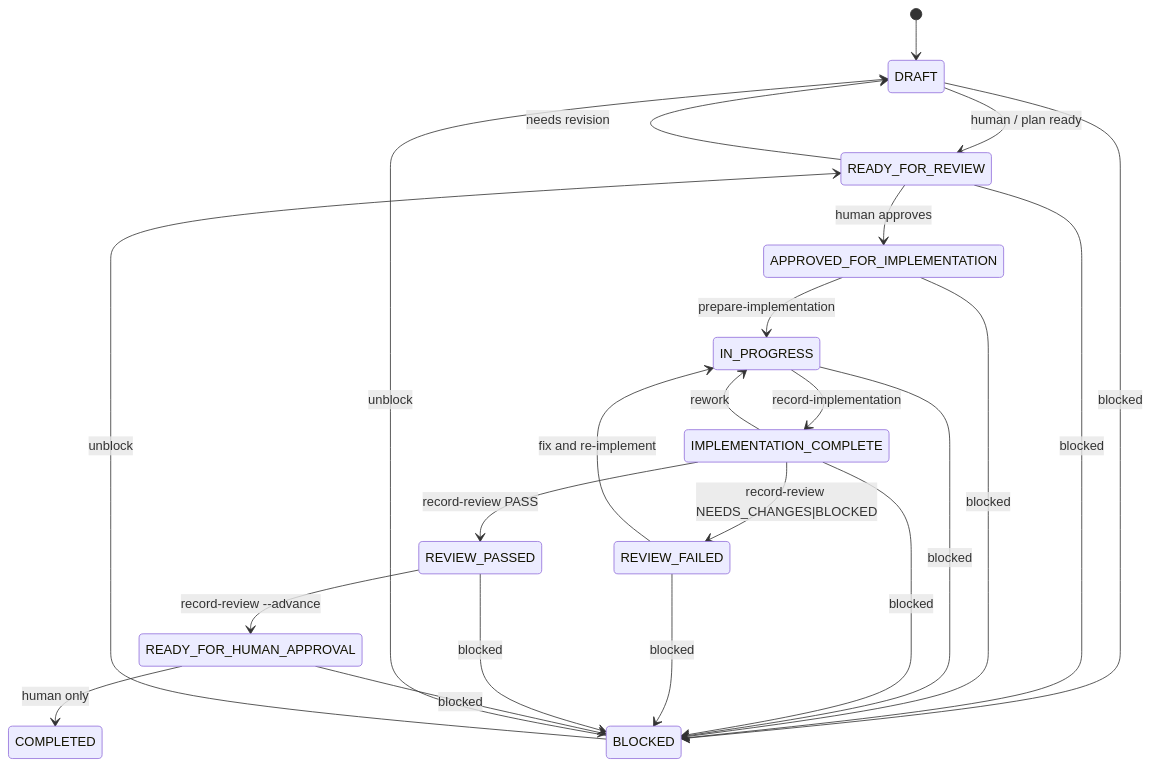
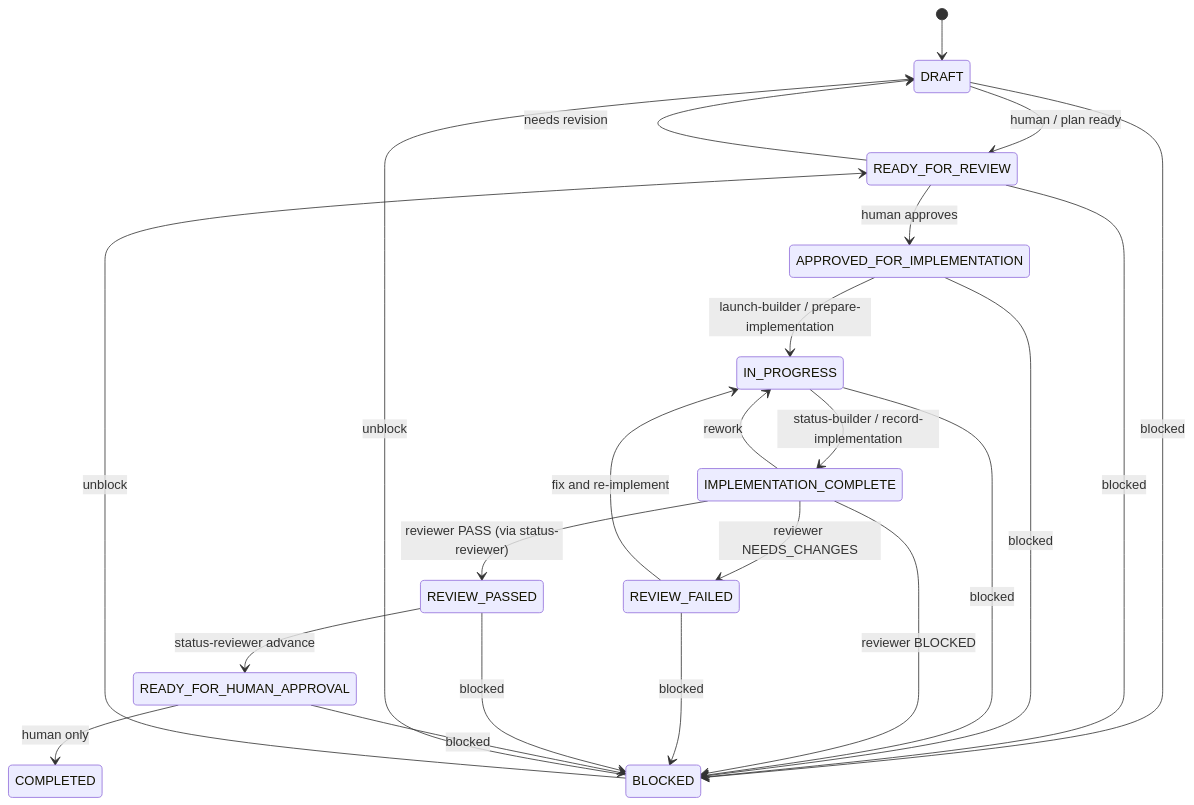
The diagram in docs/agent/STATE_MACHINE.md (mjwiseman07/finsight-reports-app), drawn with Mermaid before and after one commit. The commit also changed other lines of this file and 14 other files, not shown here.

````diff
--- a/docs/agent/STATE_MACHINE.md
+++ b/docs/agent/STATE_MACHINE.md
@@ -3,25 +3,25 @@
 ```mermaid
 stateDiagram-v2
   [*] --> DRAFT
   DRAFT --> READY_FOR_REVIEW: human / plan ready
   DRAFT --> BLOCKED: blocked
   READY_FOR_REVIEW --> APPROVED_FOR_IMPLEMENTATION: human approves
   READY_FOR_REVIEW --> DRAFT: needs revision
   READY_FOR_REVIEW --> BLOCKED: blocked
-  APPROVED_FOR_IMPLEMENTATION --> IN_PROGRESS: prepare-implementation
+  APPROVED_FOR_IMPLEMENTATION --> IN_PROGRESS: launch-builder / prepare-implementation
   APPROVED_FOR_IMPLEMENTATION --> BLOCKED: blocked
-  IN_PROGRESS --> IMPLEMENTATION_COMPLETE: record-implementation
+  IN_PROGRESS --> IMPLEMENTATION_COMPLETE: status-builder / record-implementation
   IN_PROGRESS --> BLOCKED: blocked
-  IMPLEMENTATION_COMPLETE --> REVIEW_PASSED: record-review PASS
-  IMPLEMENTATION_COMPLETE --> REVIEW_FAILED: record-review NEEDS_CHANGES|BLOCKED
+  IMPLEMENTATION_COMPLETE --> REVIEW_PASSED: reviewer PASS (via status-reviewer)
+  IMPLEMENTATION_COMPLETE --> REVIEW_FAILED: reviewer NEEDS_CHANGES
+  IMPLEMENTATION_COMPLETE --> BLOCKED: reviewer BLOCKED
   IMPLEMENTATION_COMPLETE --> IN_PROGRESS: rework
-  IMPLEMENTATION_COMPLETE --> BLOCKED: blocked
   REVIEW_FAILED --> IN_PROGRESS: fix and re-implement
   REVIEW_FAILED --> BLOCKED: blocked
-  REVIEW_PASSED --> READY_FOR_HUMAN_APPROVAL: record-review --advance
+  REVIEW_PASSED --> READY_FOR_HUMAN_APPROVAL: status-reviewer advance
   REVIEW_PASSED --> BLOCKED: blocked
   READY_FOR_HUMAN_APPROVAL --> COMPLETED: human only
   READY_FOR_HUMAN_APPROVAL --> BLOCKED: blocked
   BLOCKED --> DRAFT: unblock
   BLOCKED --> READY_FOR_REVIEW: unblock
 ```
````
